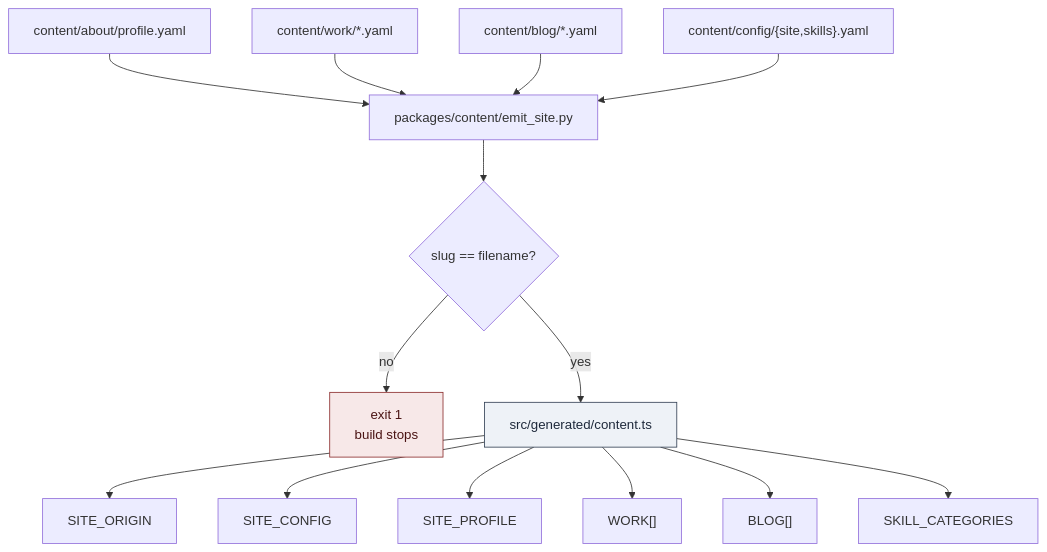
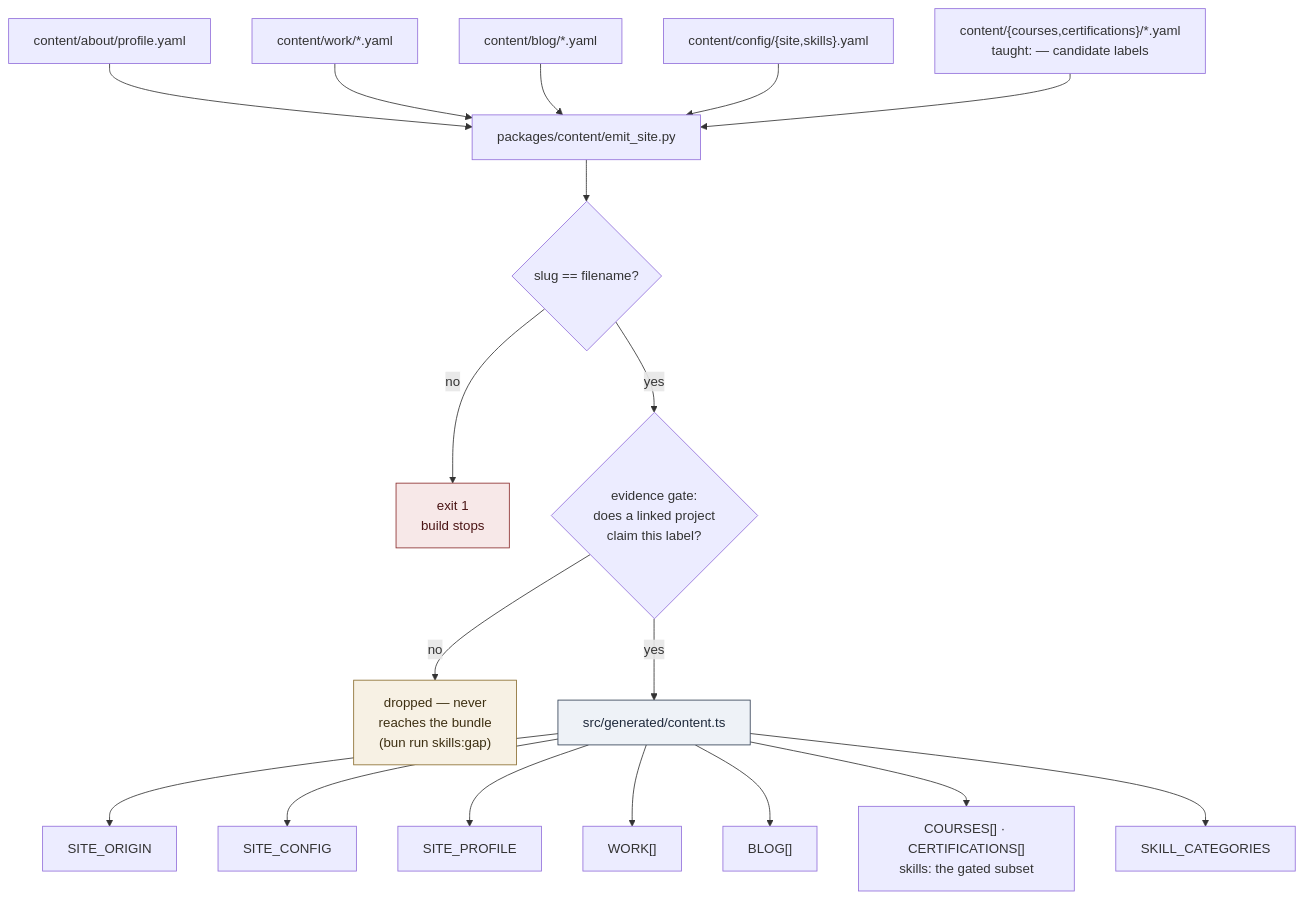
The third of 14 diagrams in ARCHITECTURE.md (rolefinder/show-your-work), drawn with Mermaid before and after one commit. The commit also changed other lines of this file and 10 other files, not shown here.

````diff
--- a/ARCHITECTURE.md
+++ b/ARCHITECTURE.md
@@ -295,22 +301,27 @@
 ```mermaid
 flowchart TD
     A["content/about/profile.yaml"] --> E
     B["content/work/*.yaml"] --> E
     C["content/blog/*.yaml"] --> E
     D["content/config/{site,skills}.yaml"] --> E
+    K["content/{courses,certifications}/*.yaml<br/>taught: — candidate labels"] --> E
 
     E["packages/content/emit_site.py"]
     E --> V{"slug == filename?"}
     V -->|no| X["exit 1<br/>build stops"]
-    V -->|yes| M["src/generated/content.ts"]
+    V -->|yes| G{"evidence gate:<br/>does a linked project<br/>claim this label?"}
+    G -->|no| DROP["dropped — never<br/>reaches the bundle<br/>(bun run skills:gap)"]
+    G -->|yes| M["src/generated/content.ts"]
 
     M --> M1["SITE_ORIGIN"]
     M --> M2["SITE_CONFIG"]
     M --> M3["SITE_PROFILE"]
     M --> M4["WORK[]"]
     M --> M5["BLOG[]"]
+    M --> M7["COURSES[] · CERTIFICATIONS[]<br/>skills: the gated subset"]
     M --> M6["SKILL_CATEGORIES"]
 
     style X fill:#f7e8e8,stroke:#8b2e2e,color:#4a1414
+    style DROP fill:#f7f1e4,stroke:#8a6d2f,color:#3d2f11
     style M fill:#eef2f7,stroke:#334155,color:#1e293b
 ```
````
